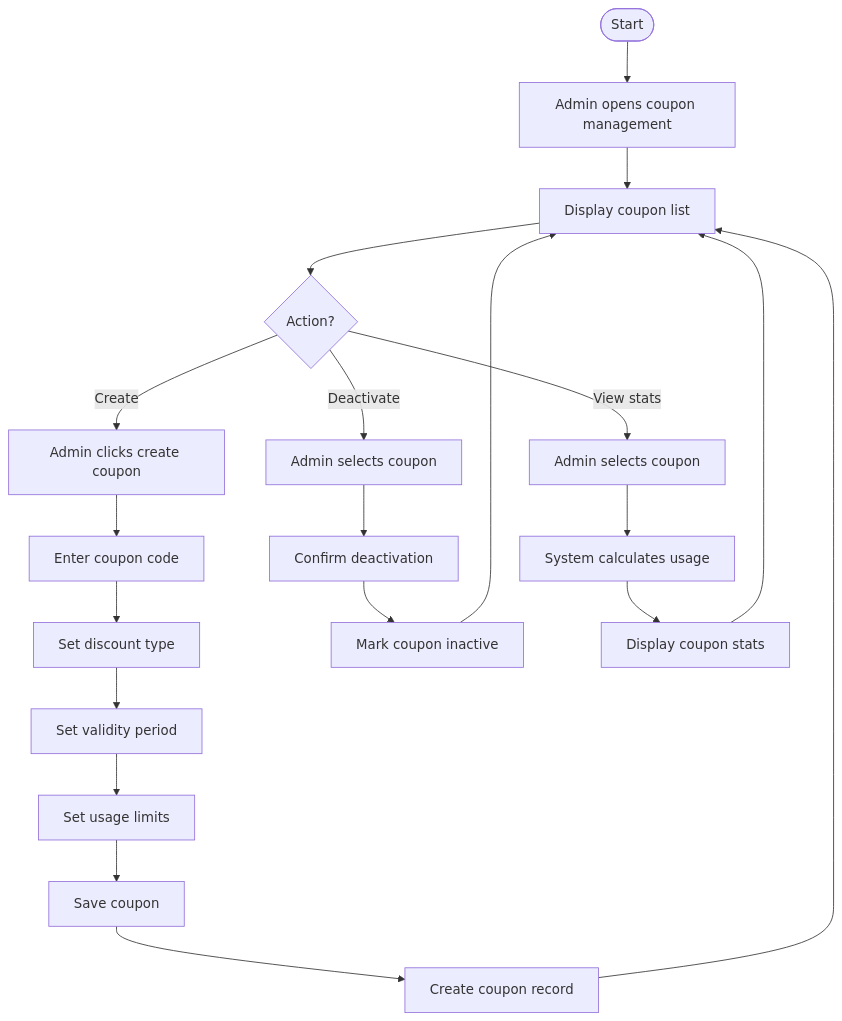
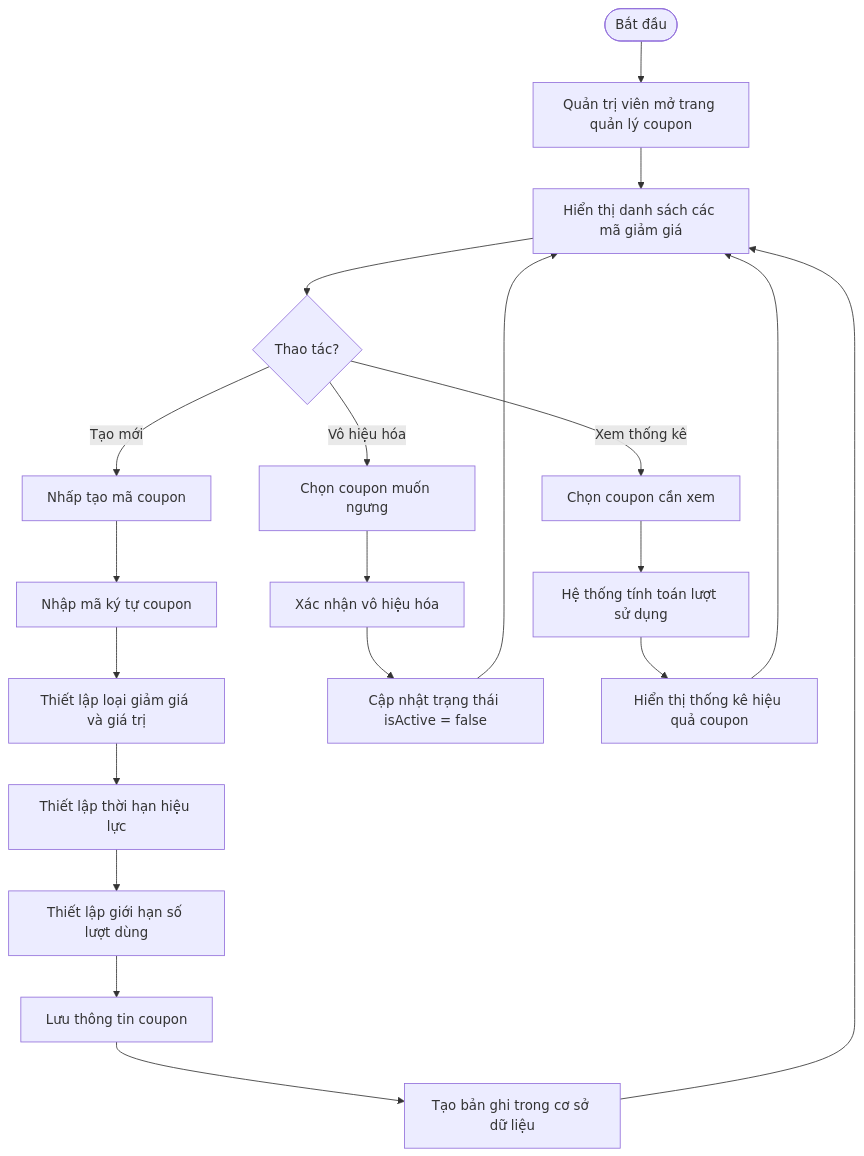
Diagram 15 of 57 in docs/design-analysis/OOSAD_ANALYSIS.md (DanhTrannn/TLCN), drawn with Mermaid before and after one commit. The commit also changed other lines of this file, not shown here.

````diff
--- a/docs/design-analysis/OOSAD_ANALYSIS.md
+++ b/docs/design-analysis/OOSAD_ANALYSIS.md
@@ -1028,25 +1030,25 @@
 ```mermaid
 flowchart TD
-    Start([Start]) --> A[Admin opens coupon management]
-    A --> B[Display coupon list]
-    B --> C{Action?}
+    Start([Bắt đầu]) --> A[Quản trị viên mở trang quản lý coupon]
+    A --> B[Hiển thị danh sách các mã giảm giá]
+    B --> C{Thao tác?}
     
-    C -->|Create| D[Admin clicks create coupon]
-    D --> E[Enter coupon code]
-    E --> F[Set discount type]
-    F --> G[Set validity period]
-    G --> H[Set usage limits]
-    H --> I[Save coupon]
-    I --> J[Create coupon record]
+    C -->|Tạo mới| D[Nhấp tạo mã coupon]
+    D --> E[Nhập mã ký tự coupon]
+    E --> F[Thiết lập loại giảm giá và giá trị]
+    F --> G[Thiết lập thời hạn hiệu lực]
+    G --> H[Thiết lập giới hạn số lượt dùng]
+    H --> I[Lưu thông tin coupon]
+    I --> J[Tạo bản ghi trong cơ sở dữ liệu]
     J --> B
     
-    C -->|Deactivate| K[Admin selects coupon]
-    K --> L[Confirm deactivation]
-    L --> M[Mark coupon inactive]
+    C -->|Vô hiệu hóa| K[Chọn coupon muốn ngưng]
+    K --> L[Xác nhận vô hiệu hóa]
+    L --> M[Cập nhật trạng thái isActive = false]
     M --> B
     
-    C -->|View stats| N[Admin selects coupon]
-    N --> O[System calculates usage]
-    O --> P[Display coupon stats]
+    C -->|Xem thống kê| N[Chọn coupon cần xem]
+    N --> O[Hệ thống tính toán lượt sử dụng]
+    O --> P[Hiển thị thống kê hiệu quả coupon]
     P --> B
 ```
````
